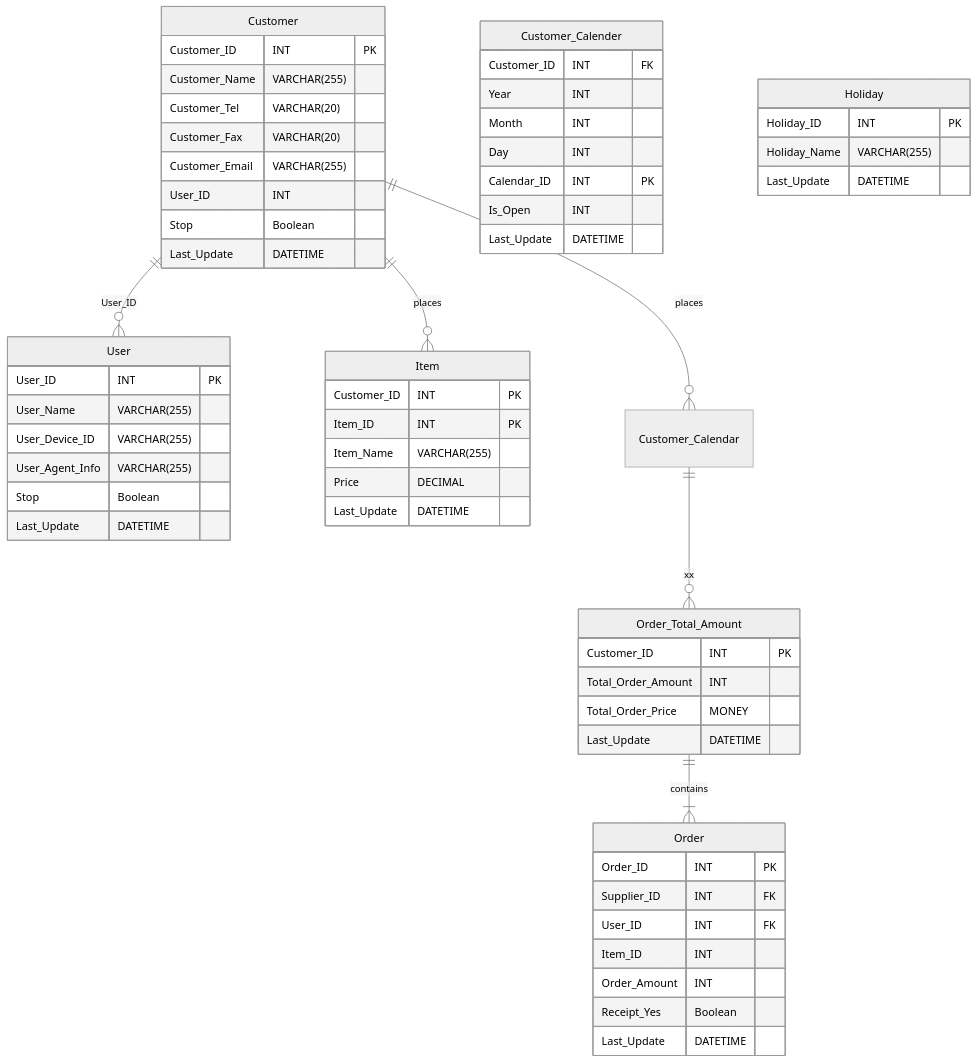
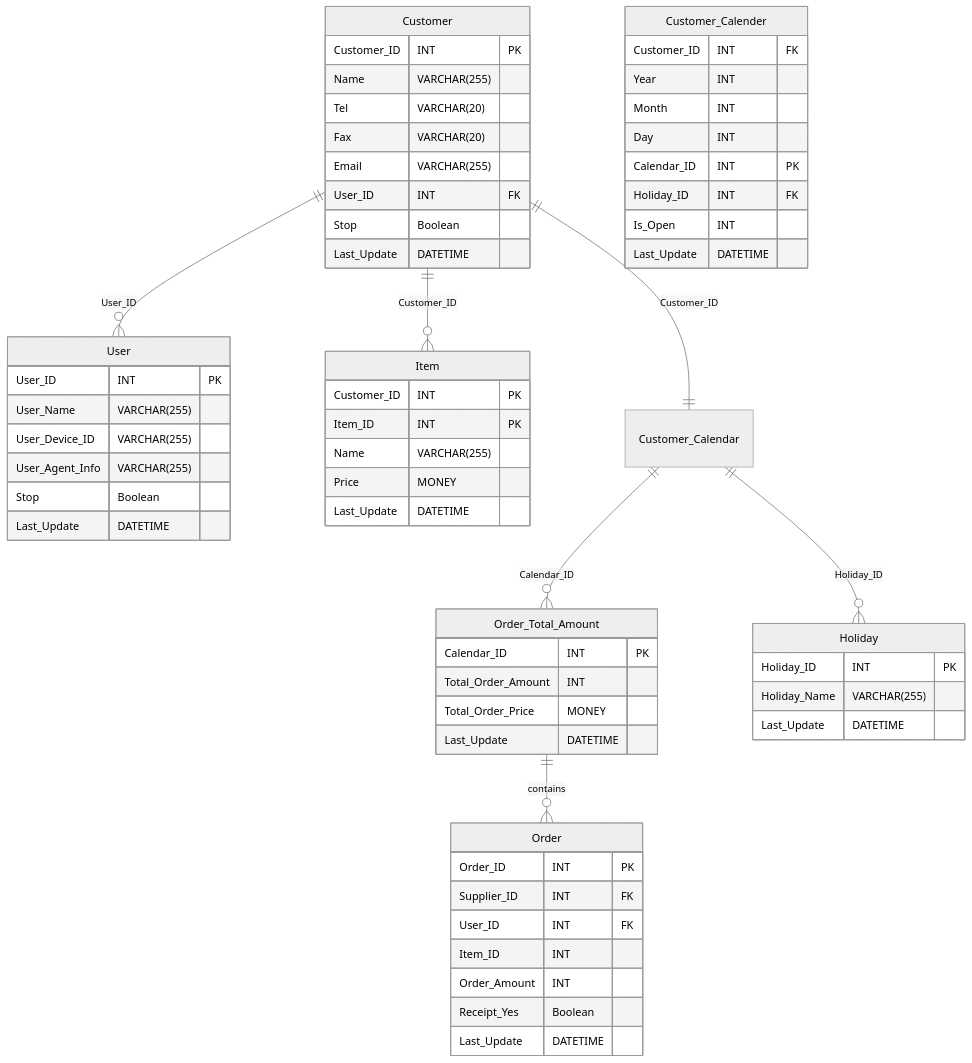
One commit to Kei-Okuma1216/Obento-Test changed the second of 6 diagrams in お弁当注文システム仕様書.md. Above: the diagram before and after it, drawn with Mermaid (neutral theme). The commit also changed other lines of this file, not shown here.

Commit message:
Add files via upload
ER図までできました。2024/12/28（土）レビュー準備のため更新。

````diff
--- a/お弁当注文システム仕様書.md
+++ b/お弁当注文システム仕様書.md
@@ -323,69 +330,71 @@
 ```mermaid
 erDiagram
     User {
         User_ID INT PK
         User_Name VARCHAR(255)
         User_Device_ID VARCHAR(255)
         User_Agent_Info VARCHAR(255)
         Stop Boolean
         Last_Update DATETIME 
     }
     
     Customer {
         Customer_ID INT PK
-        Customer_Name VARCHAR(255)
-        Customer_Tel VARCHAR(20)
-        Customer_Fax VARCHAR(20)
-        Customer_Email VARCHAR(255)
-        User_ID INT
+        Name VARCHAR(255)
+        Tel VARCHAR(20)
+        Fax VARCHAR(20)
+        Email VARCHAR(255)
+        User_ID INT FK
         Stop Boolean
         Last_Update DATETIME 
     }
 
     Item {
         Customer_ID INT PK
         Item_ID INT PK
-        Item_Name VARCHAR(255)
-        Price DECIMAL
+        Name VARCHAR(255)
+        Price MONEY
         Last_Update DATETIME
     }
 
     Order {
         Order_ID INT PK
         Supplier_ID INT FK
         User_ID INT FK
         Item_ID INT
         Order_Amount INT
         Receipt_Yes Boolean
         Last_Update DATETIME
     }
     
     Customer_Calender {
         Customer_ID INT FK
         Year INT
         Month INT
         Day INT
         Calendar_ID INT PK
+        Holiday_ID INT FK
         Is_Open INT
         Last_Update DATETIME
     }
     
     Order_Total_Amount  {
-        Customer_ID INT PK
+        Calendar_ID INT PK
         Total_Order_Amount INT
         Total_Order_Price MONEY
         Last_Update DATETIME
     }
     
     Holiday {
         Holiday_ID INT PK
         Holiday_Name VARCHAR(255)
         Last_Update DATETIME
     }
 
     Customer ||--o{ User : User_ID
-    Customer ||--o{ Item : places
-    Customer ||--o{ Customer_Calendar : places
-    Customer_Calendar ||--o{ Order_Total_Amount : xx
-    Order_Total_Amount ||--|{ Order: contains
+    Customer ||--o{ Item : Customer_ID
+    Customer ||--|| Customer_Calendar : Customer_ID
+    Customer_Calendar ||--o{ Holiday : Holiday_ID
+    Customer_Calendar ||--o{ Order_Total_Amount : Calendar_ID
+    Order_Total_Amount ||--o{ Order: contains
 ```
````
